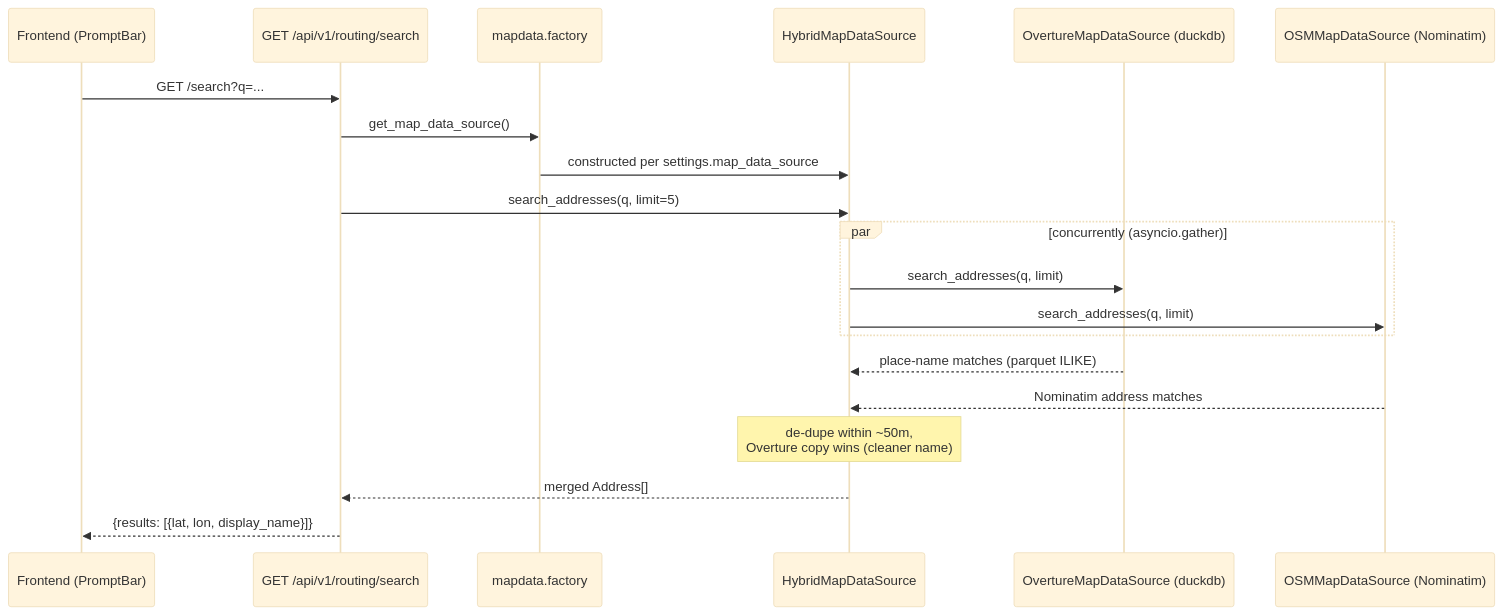
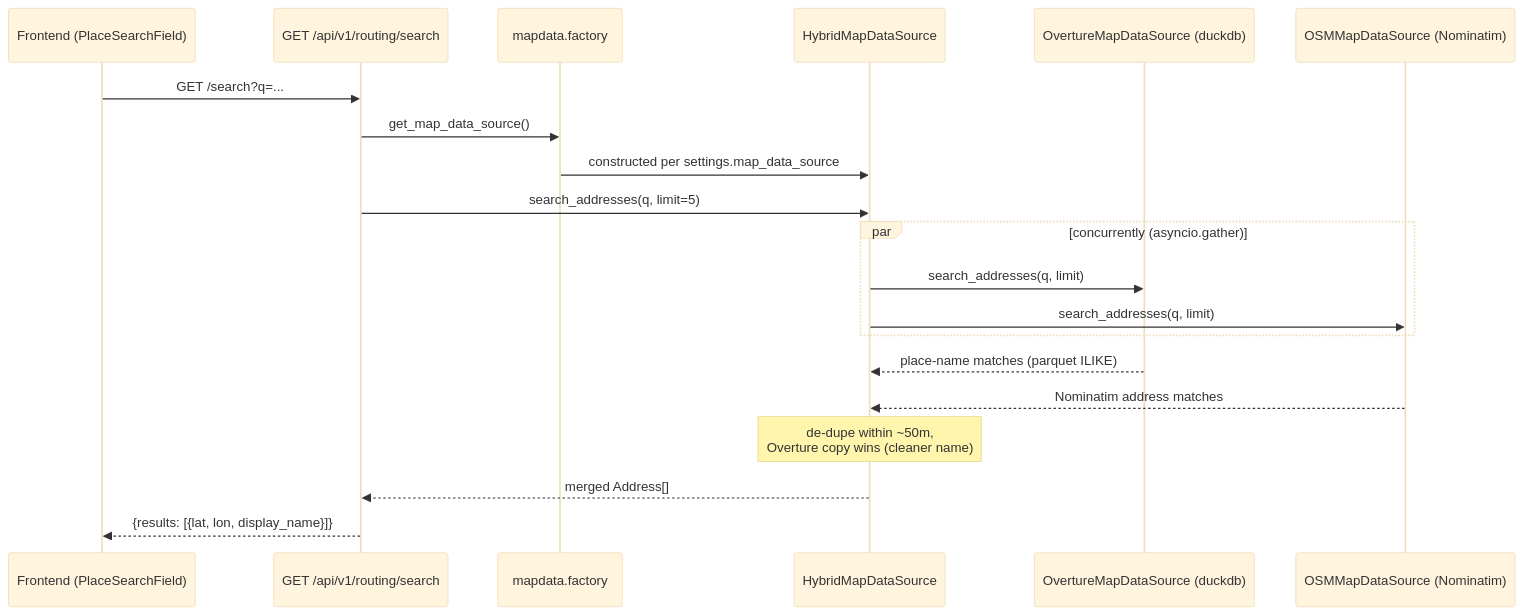
The second of 7 diagrams in docs/data-flow.md (bjd273/gloway), drawn with Mermaid (base theme) before and after one commit. The commit also changed other lines of this file and 12 other files, not shown here.

````diff
--- a/docs/data-flow.md
+++ b/docs/data-flow.md
@@ -35,23 +49,23 @@
 ```mermaid
 sequenceDiagram
-    participant FE as Frontend (PromptBar)
+    participant FE as Frontend (PlaceSearchField)
     participant API as GET /api/v1/routing/search
     participant Factory as mapdata.factory
     participant Hybrid as HybridMapDataSource
     participant Overture as OvertureMapDataSource (duckdb)
     participant OSM as OSMMapDataSource (Nominatim)
 
     FE->>API: GET /search?q=...
     API->>Factory: get_map_data_source()
     Factory->>Hybrid: constructed per settings.map_data_source
     API->>Hybrid: search_addresses(q, limit=5)
     par concurrently (asyncio.gather)
         Hybrid->>Overture: search_addresses(q, limit)
         Hybrid->>OSM: search_addresses(q, limit)
     end
     Overture-->>Hybrid: place-name matches (parquet ILIKE)
     OSM-->>Hybrid: Nominatim address matches
     Note over Hybrid: de-dupe within ~50m,<br/>Overture copy wins (cleaner name)
     Hybrid-->>API: merged Address[]
     API-->>FE: {results: [{lat, lon, display_name}]}
 ```
````
